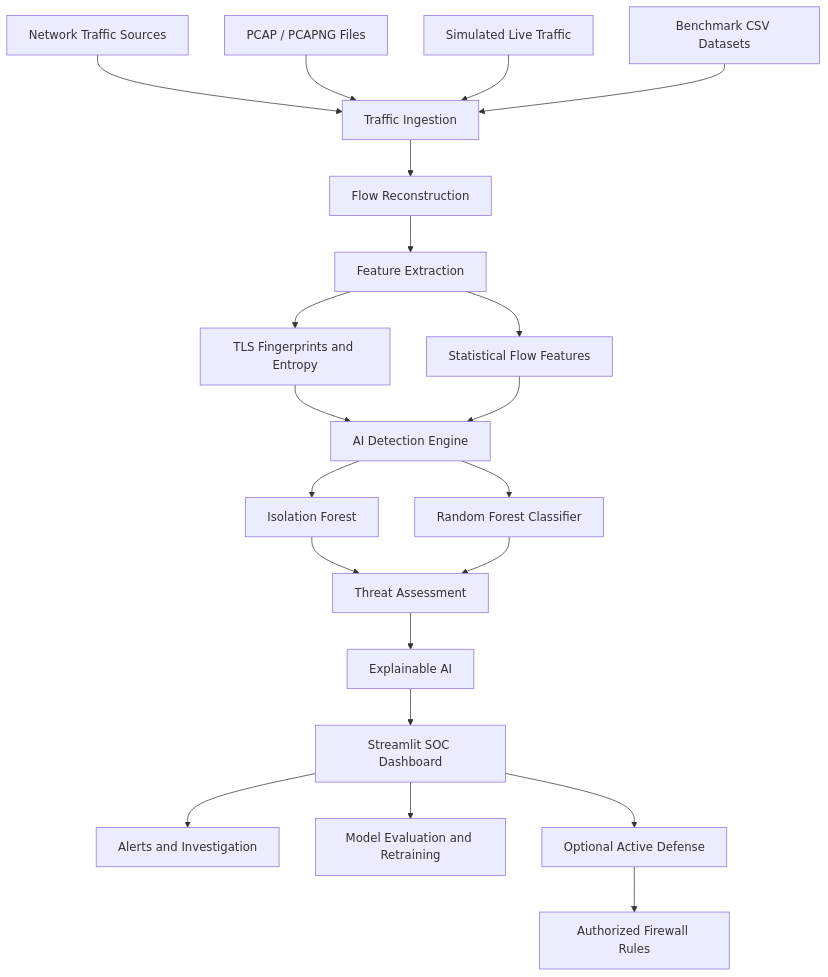
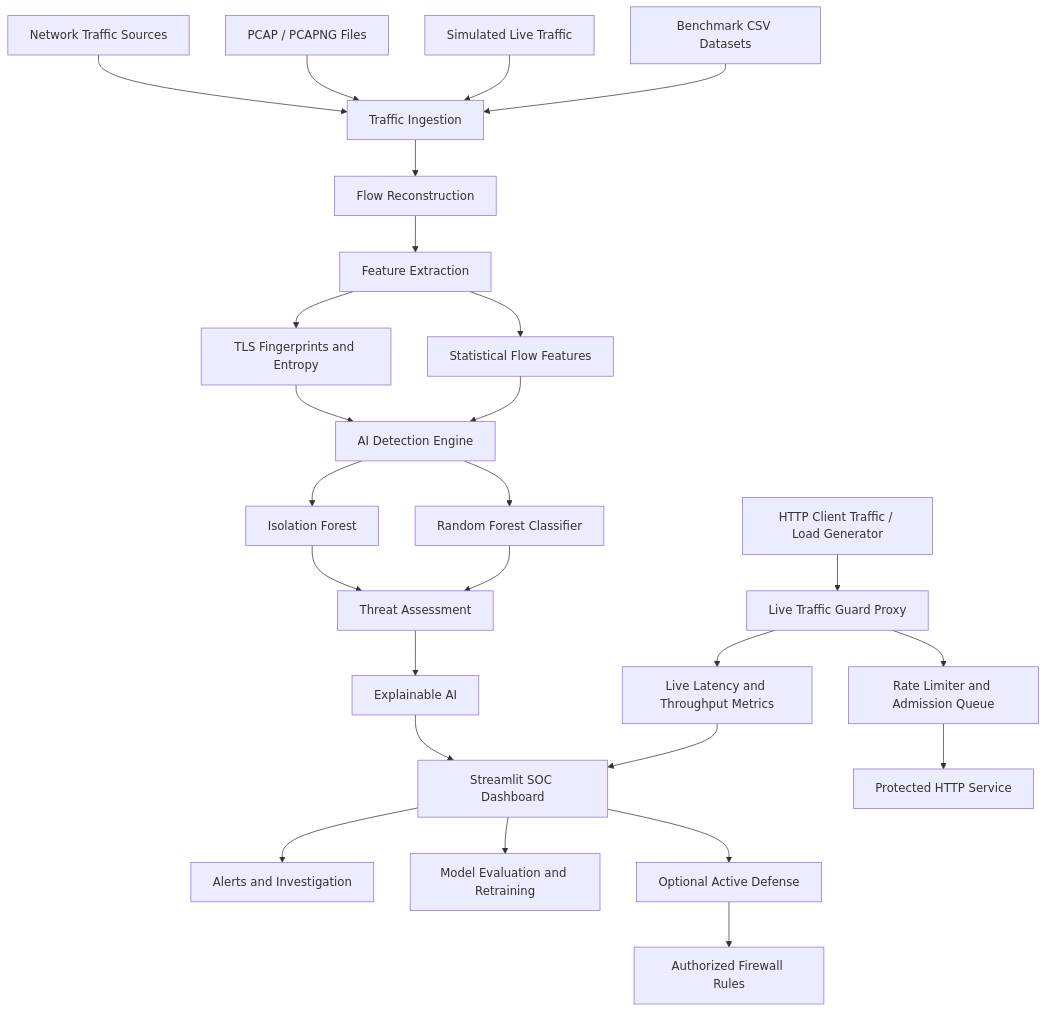
One commit to nehehe52/cipherAI changed the diagram in README.md. Above: the diagram before and after it, drawn with Mermaid. The commit also changed other lines of this file, not shown here.

Commit message:
README: document Live Network Traffic & Latency Guard module

````diff
--- a/README.md
+++ b/README.md
@@ -25,30 +28,36 @@
 ```mermaid
 flowchart TD
     A[Network Traffic Sources] --> B[Traffic Ingestion]
     A1[PCAP / PCAPNG Files] --> B
     A2[Simulated Live Traffic] --> B
     A3[Benchmark CSV Datasets] --> B
 
     B --> C[Flow Reconstruction]
     C --> D[Feature Extraction]
     D --> E[TLS Fingerprints and Entropy]
     D --> F[Statistical Flow Features]
 
     E --> G[AI Detection Engine]
     F --> G
 
     G --> H[Isolation Forest]
     G --> I[Random Forest Classifier]
 
     H --> J[Threat Assessment]
     I --> J
 
     J --> K[Explainable AI]
     K --> L[Streamlit SOC Dashboard]
 
     L --> M[Alerts and Investigation]
     L --> N[Model Evaluation and Retraining]
     L --> O[Optional Active Defense]
 
     O --> P[Authorized Firewall Rules]
+
+    Q[HTTP Client Traffic / Load Generator] --> R[Live Traffic Guard Proxy]
+    R --> S[Rate Limiter and Admission Queue]
+    S --> T[Protected HTTP Service]
+    R --> U[Live Latency and Throughput Metrics]
+    U --> L
 ```
````
